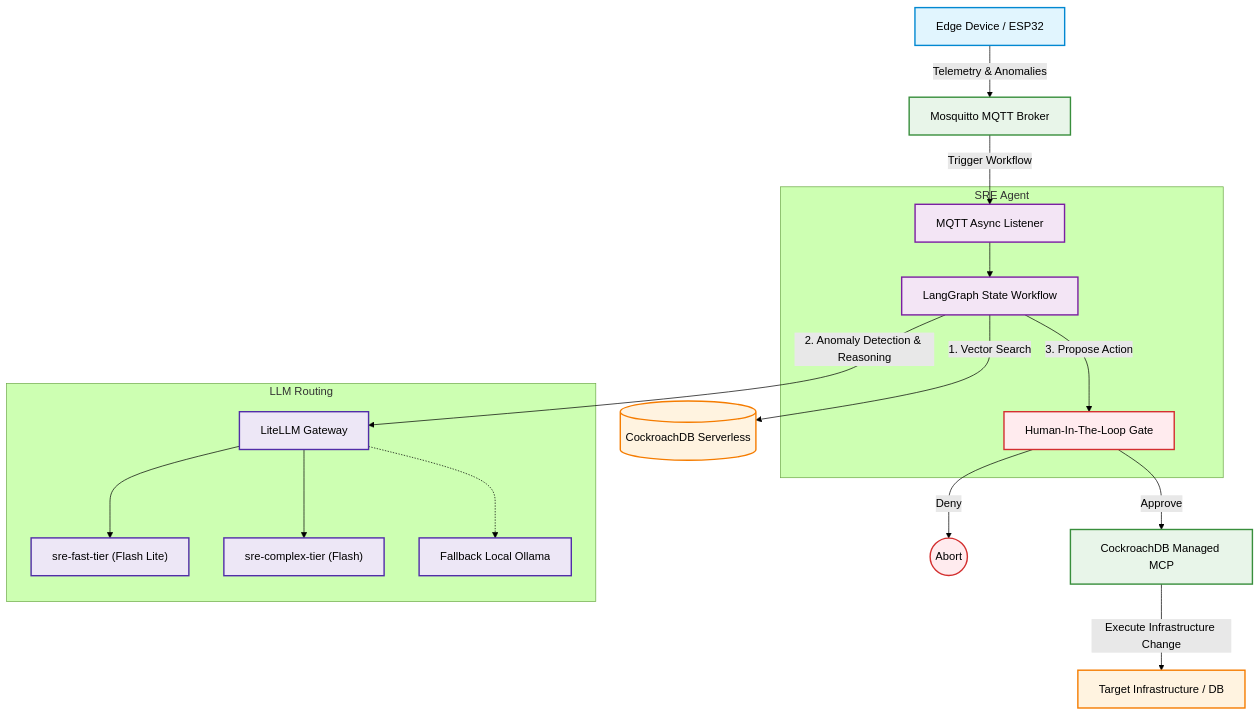
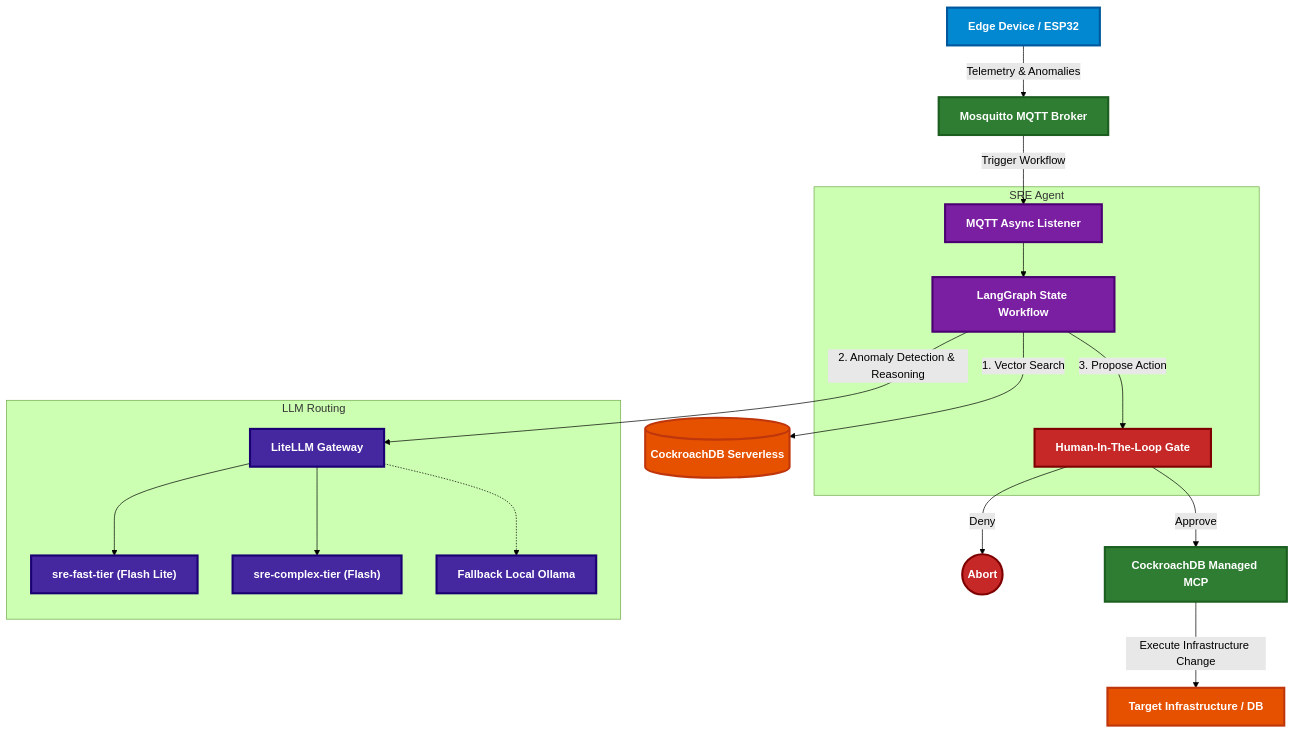
One commit to shawnsony07/Autonomous-SRE changed the first of 2 diagrams in README.md. Above: the diagram before and after it, drawn with Mermaid (forest theme). The commit also changed other lines of this file, not shown here.

Commit message:
docs: replace pastel colors with bold vibrant colors in flowcharts

````diff
--- a/README.md
+++ b/README.md
@@ -11,45 +11,45 @@
 ```mermaid
 flowchart TD
     %% Styling
-    classDef edge fill:#e1f5fe,stroke:#0288d1,stroke-width:2px,color:#000
-    classDef agent fill:#f3e5f5,stroke:#7b1fa2,stroke-width:2px,color:#000
-    classDef service fill:#e8f5e9,stroke:#388e3c,stroke-width:2px,color:#000
-    classDef danger fill:#ffebee,stroke:#d32f2f,stroke-width:2px,color:#000
-    classDef db fill:#fff3e0,stroke:#f57c00,stroke-width:2px,color:#000
-    classDef llm fill:#ede7f6,stroke:#512da8,stroke-width:2px,color:#000
+    classDef edge fill:#0288d1,stroke:#01579b,stroke-width:3px,color:#fff,font-weight:bold
+    classDef agent fill:#7b1fa2,stroke:#4a0072,stroke-width:3px,color:#fff,font-weight:bold
+    classDef service fill:#2e7d32,stroke:#1b5e20,stroke-width:3px,color:#fff,font-weight:bold
+    classDef danger fill:#c62828,stroke:#7f0000,stroke-width:3px,color:#fff,font-weight:bold
+    classDef db fill:#e65100,stroke:#bf360c,stroke-width:3px,color:#fff,font-weight:bold
+    classDef llm fill:#4527a0,stroke:#1a0072,stroke-width:3px,color:#fff,font-weight:bold
 
     %% Define Edge & Infrastructure
     ESP32["Edge Device / ESP32"]:::edge -- Telemetry & Anomalies --> MQTT["Mosquitto MQTT Broker"]:::service
     
     %% SRE Agent Core
     subgraph SRE Agent
         MQTT_Listener["MQTT Async Listener"]:::agent
         LangGraph["LangGraph State Workflow"]:::agent
         HITL["Human-In-The-Loop Gate"]:::danger
     end
     
     MQTT -- Trigger Workflow --> MQTT_Listener
     MQTT_Listener --> LangGraph
     
     %% External Services
     LiteLLM["LiteLLM Gateway"]:::llm
     CockroachDB[("CockroachDB Serverless")]:::db
     MCP["CockroachDB Managed MCP"]:::service
 
     %% Flow interactions
     LangGraph -- 1. Vector Search --> CockroachDB
     LangGraph -- 2. Anomaly Detection & Reasoning --> LiteLLM
     LangGraph -- 3. Propose Action --> HITL
     
     HITL -- Approve --> MCP
     MCP -- Execute Infrastructure Change --> System["Target Infrastructure / DB"]:::db
     
     HITL -- Deny --> Abort(("Abort")):::danger
     
     %% LLM Tiers
     subgraph LLM Routing
         LiteLLM --> FastTier["sre-fast-tier (Flash Lite)"]:::llm
         LiteLLM --> ComplexTier["sre-complex-tier (Flash)"]:::llm
         LiteLLM -.-> Ollama["Fallback Local Ollama"]:::llm
     end
 ```
````
